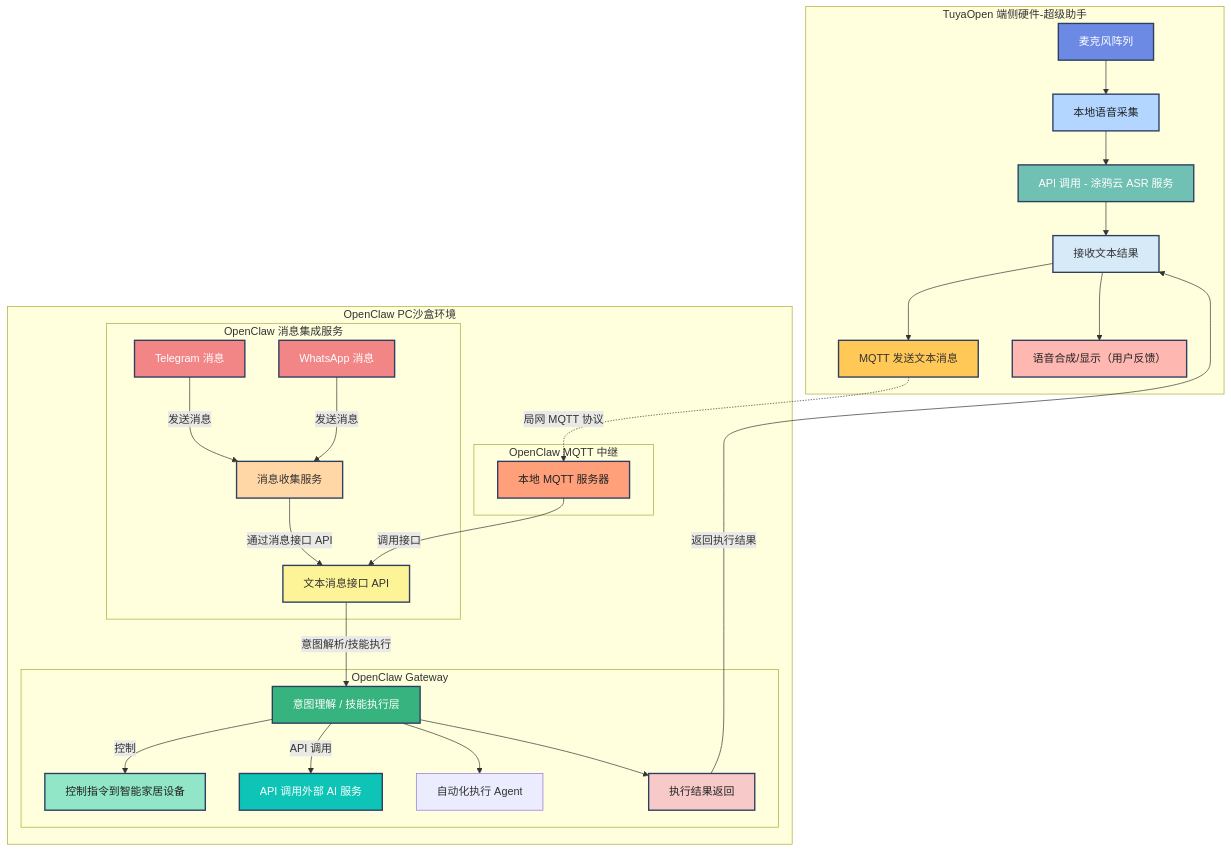
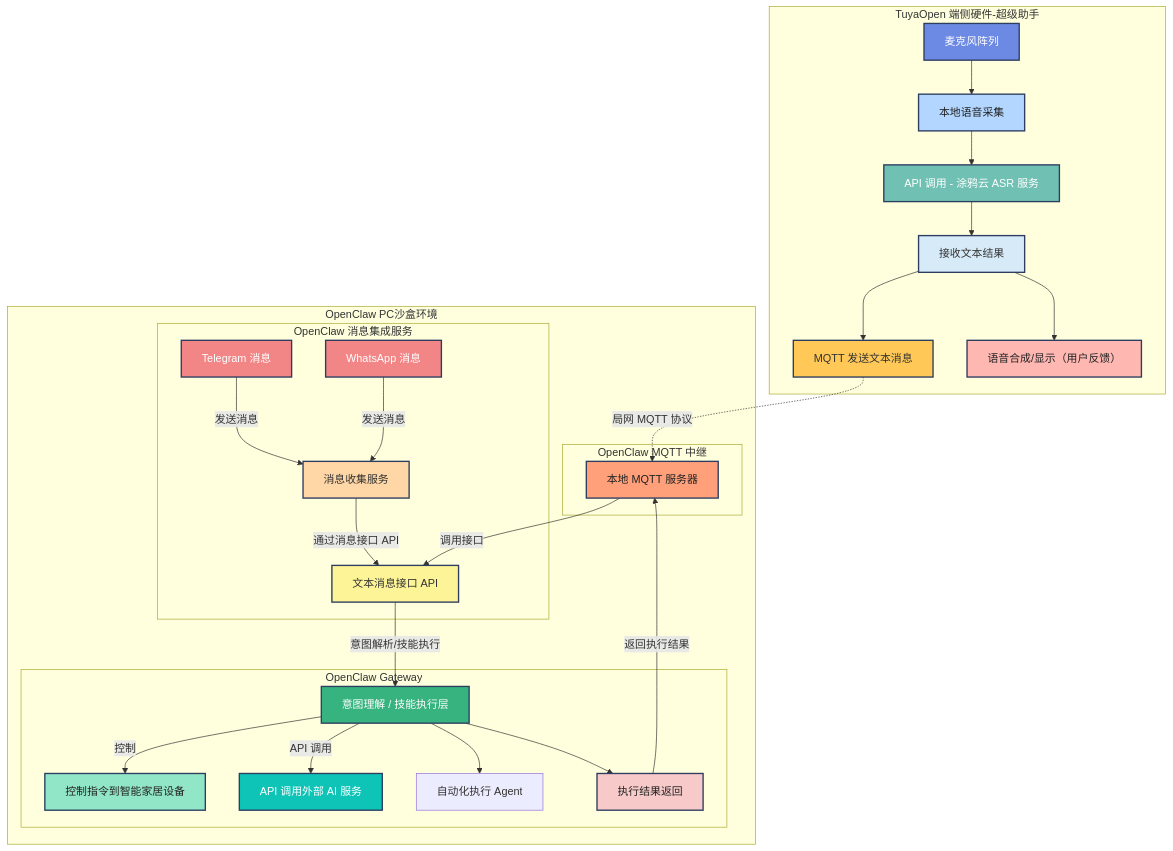
The diagram in i18n/zh/docusaurus-plugin-content-docs/current/applications/tuya.ai/demo-openclaw.md (Tuya-Community/TuyaOpen.io), drawn with Mermaid before and after one commit. The commit also changed other lines of this file and 1 other file, not shown here.

````diff
--- a/i18n/zh/docusaurus-plugin-content-docs/current/applications/tuya.ai/demo-openclaw.md
+++ b/i18n/zh/docusaurus-plugin-content-docs/current/applications/tuya.ai/demo-openclaw.md
@@ -34,76 +36,76 @@
 ```mermaid
 graph TD
 
     subgraph EDGE["TuyaOpen 端侧硬件-超级助手"]
         A1[麦克风阵列]
         A2[本地语音采集]
         A3[API 调用 - 涂鸦云 ASR 服务]
         A4[接收文本结果]
         A5[MQTT 发送文本消息]
-        A6[语音合成/显示（用户反馈）]
+        A6["语音合成/显示（用户反馈）"]
 
         A1 --> A2
         A2 --> A3
         A3 --> A4
         A4 --> A5
         A4 --> A6
     end
 
     subgraph PC["OpenClaw PC沙盒环境"]
     subgraph RELAY["OpenClaw MQTT 中继"]
         A5 -. "局网 MQTT 协议" .-> B1
         B1[本地 MQTT 服务器]
     end
 
     subgraph MSG["OpenClaw 消息集成服务"]
 
     M1[Telegram 消息]
     M2[WhatsApp 消息]
     M3[消息收集服务]
 
     M1 -->|发送消息| M3
     M2 -->|发送消息| M3
     M3 -->|通过消息接口 API| B2
     end
 
 
     subgraph GATEWAY["OpenClaw Gateway"]
         B2[文本消息接口 API]
         B3[意图理解 / 技能执行层]
         B4[控制指令到智能家居设备]
         B5[API 调用外部 AI 服务]
         B7[自动化执行 Agent]
         B6[执行结果返回]
 
 
         B1 -->|调用接口| B2
         B2 -->|意图解析/技能执行| B3
         B3 -->|控制| B4
         B3 -->|API 调用| B5
-        B6 -->|返回执行结果| A4
+        B6 -->|返回执行结果| B1
         B3 --> B6
         B3 --> B7
     end
 
     
     end
     
     %% Improved color assignments for clarity and accessibility
     style A1 fill:#6C8AE4,stroke:#2D3E60,stroke-width:2px,color:#fff
     style A2 fill:#B2D6FF,stroke:#2D3E60,stroke-width:2px,color:#222
     style A3 fill:#70C1B3,stroke:#2D3E60,stroke-width:2px,color:#fff
     style A4 fill:#D6EAF8,stroke:#2D3E60,stroke-width:2px
     style A5 fill:#FFC857,stroke:#2D3E60,stroke-width:2px,color:#333
     style A6 fill:#FFB7B2,stroke:#2D3E60,stroke-width:2px,color:#222
 
     style B1 fill:#FFA07A,stroke:#2D3E60,stroke-width:2px,color:#222
     style B2 fill:#FDF498,stroke:#2D3E60,stroke-width:2px,color:#333
     style B3 fill:#36B37E,stroke:#2D3E60,stroke-width:2px,color:#fff
     style B4 fill:#91E6C7,stroke:#2D3E60,stroke-width:2px,color:#222
     style B5 fill:#0EC4B6,stroke:#2D3E60,stroke-width:2px,color:#fff
     style B6 fill:#F7CAC9,stroke:#2D3E60,stroke-width:2px,color:#222
 
     style M1 fill:#F28585,stroke:#2D3E60,stroke-width:2px,color:#fff
     style M2 fill:#F28585,stroke:#2D3E60,stroke-width:2px,color:#fff
     style M3 fill:#FFD6A5,stroke:#2D3E60,stroke-width:2px,color:#333
 ```
````
